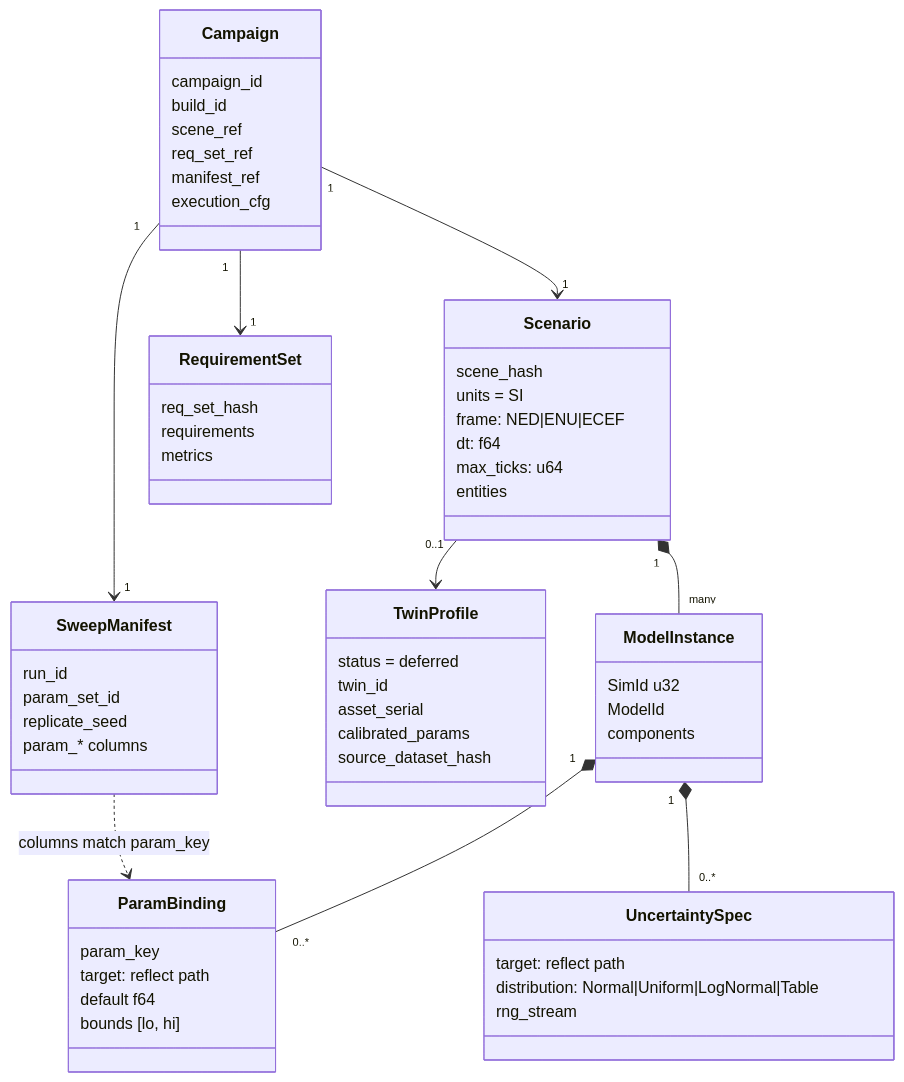
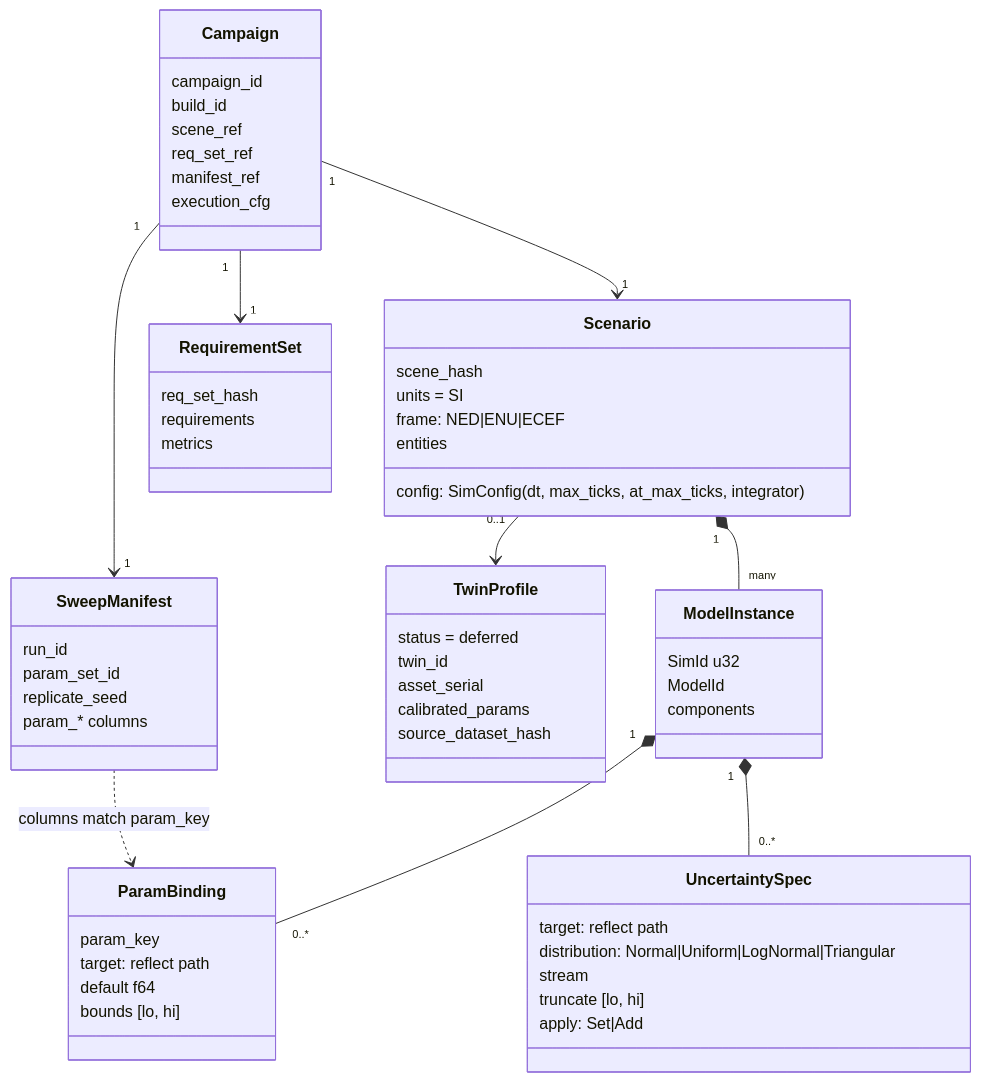
Diagram 13 of 18 in docs/design/subsystems-and-interfaces.md (Schmiedium/SABER), drawn with Mermaid before and after one commit. The commit also changed other lines of this file and 117 other files, not shown here.

````diff
--- a/docs/design/subsystems-and-interfaces.md
+++ b/docs/design/subsystems-and-interfaces.md
@@ -812,61 +923,62 @@
 ```mermaid
 classDiagram
     class Campaign {
       campaign_id
       build_id
       scene_ref
       req_set_ref
       manifest_ref
       execution_cfg
     }
     class Scenario {
       scene_hash
       units = SI
       frame: NED|ENU|ECEF
-      dt: f64
-      max_ticks: u64
+      config: SimConfig (dt, max_ticks, at_max_ticks, integrator)
       entities
     }
     class ModelInstance {
       SimId u32
       ModelId
       components
     }
     class ParamBinding {
       param_key
       target: reflect path
       default f64
       bounds [lo, hi]
     }
     class UncertaintySpec {
       target: reflect path
-      distribution: Normal|Uniform|LogNormal|Table
-      rng_stream
+      distribution: Normal|Uniform|LogNormal|Triangular
+      stream
+      truncate [lo, hi]
+      apply: Set|Add
     }
     class TwinProfile {
       status = deferred
       twin_id
       asset_serial
       calibrated_params
       source_dataset_hash
     }
     class RequirementSet {
       req_set_hash
       requirements
       metrics
     }
     class SweepManifest {
       run_id
       param_set_id
       replicate_seed
       param_* columns
     }
     Campaign "1" --> "1" Scenario
     Campaign "1" --> "1" RequirementSet
     Campaign "1" --> "1" SweepManifest
     Scenario "1" *-- "many" ModelInstance
     ModelInstance "1" *-- "0..*" ParamBinding
     ModelInstance "1" *-- "0..*" UncertaintySpec
     Scenario "0..1" --> TwinProfile
     SweepManifest ..> ParamBinding : columns match param_key
 ```
````
